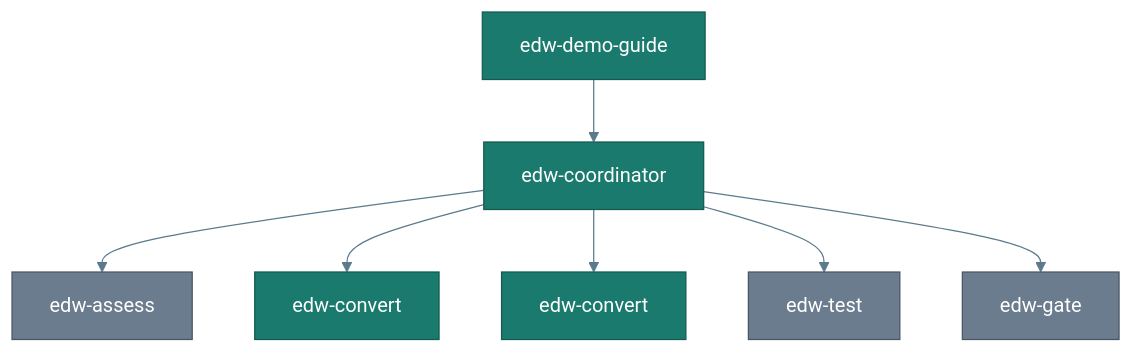
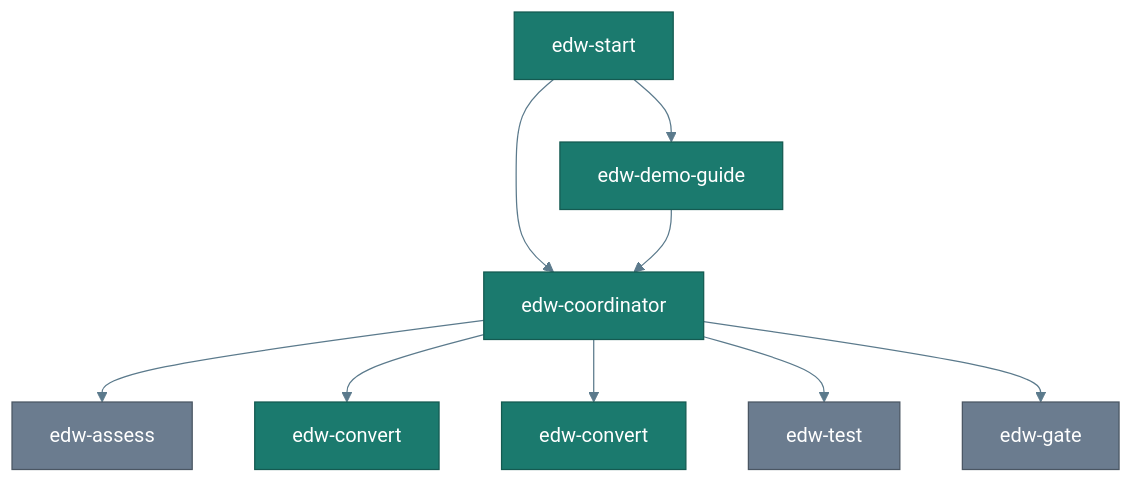
The third of 4 diagrams in docs/what-you-get.md (Jericho2010/edwmigration), drawn with Mermaid before and after one commit. The commit also changed other lines of this file and 58 other files, not shown here.

First line of the commit message:
Add edw-start front door, harden subagents, and clarify start-first docs.

````diff
--- a/docs/what-you-get.md
+++ b/docs/what-you-get.md
@@ -84,16 +84,19 @@
 ```mermaid
 %%{init: {"theme":"base","themeVariables":{"primaryColor":"#E8F1F8","primaryTextColor":"#0B3D5C","primaryBorderColor":"#0B3D5C","lineColor":"#5B7A8C","secondaryColor":"#E6F4F1","tertiaryColor":"#F7F3EA","background":"#FFFFFF","mainBkg":"#E8F1F8","clusterBkg":"#F7FAFC","clusterBorder":"#5B7A8C","titleColor":"#0B3D5C","edgeLabelBackground":"#FFFFFF"}}}%%
 flowchart TB
+  Start[edw-start]
   Guide[edw-demo-guide]
   Coord[edw-coordinator]
+  Start --> Guide
+  Start --> Coord
   Guide --> Coord
   Coord --> Assess[edw-assess]
   Coord --> C1[edw-convert]
   Coord --> C2[edw-convert]
   Coord --> Test[edw-test]
   Coord --> Gate[edw-gate]
   classDef agent fill:#1B7A6E,stroke:#145A51,color:#fff
   classDef readonly fill:#6B7C8F,stroke:#4A5663,color:#fff
-  class Guide,Coord,C1,C2 agent
+  class Start,Guide,Coord,C1,C2 agent
   class Assess,Test,Gate readonly
 ```
````
